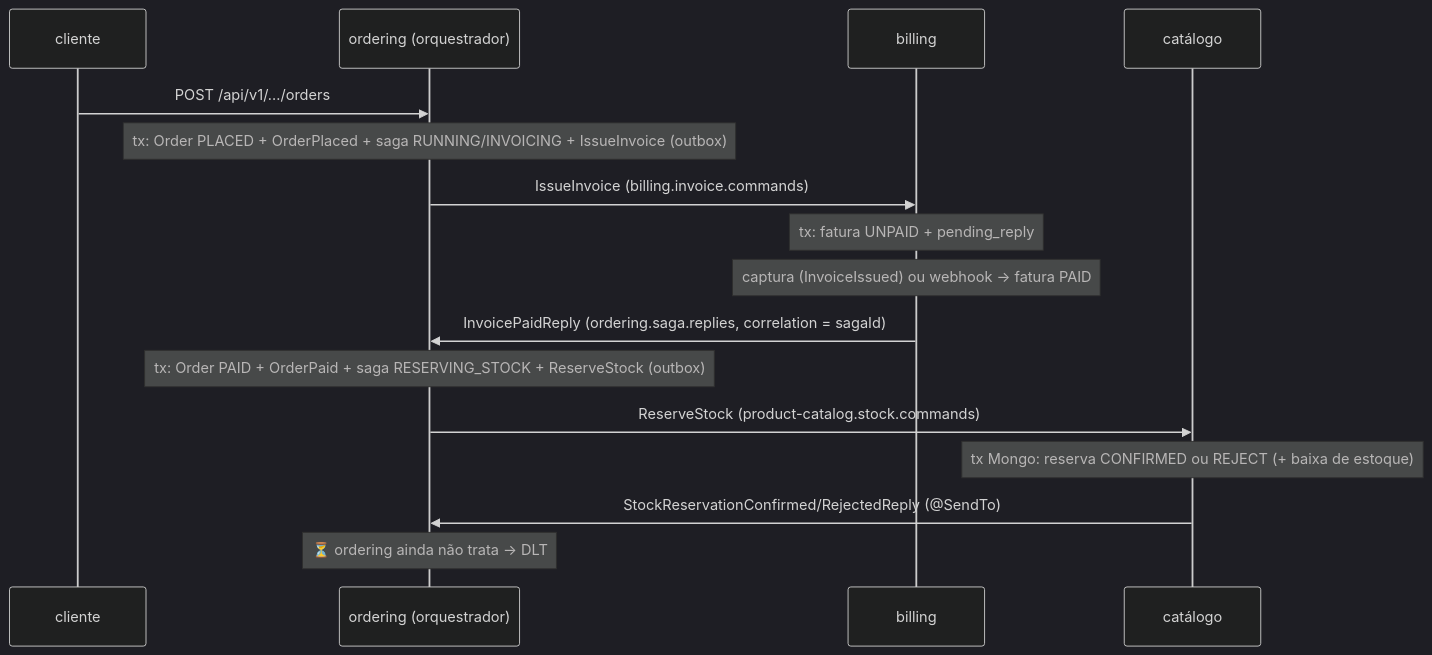
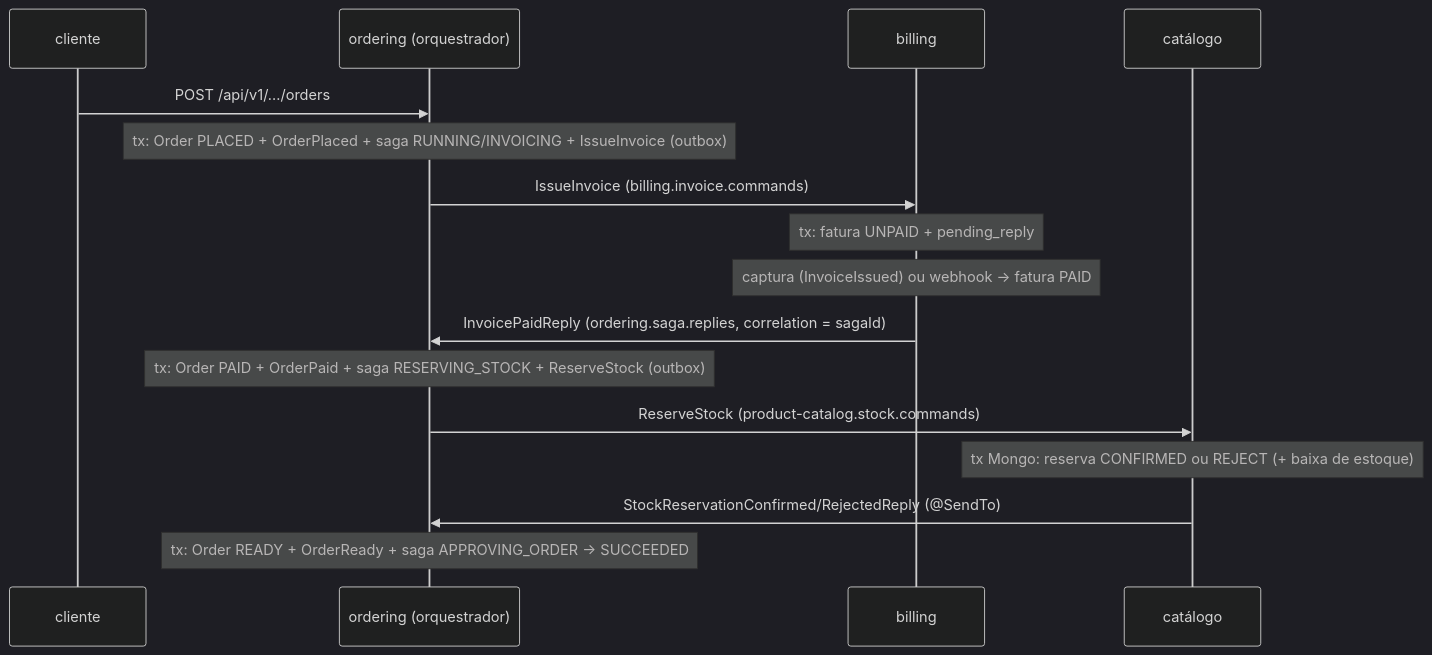
One commit to gabriel-lima258/algashop-docs changed diagram 17 of 19 in 06-mensageria/saga-orquestrada.md. Above: the diagram before and after it, drawn with Mermaid (dark theme). The commit also changed other lines of this file and 1 other file, not shown here.

Commit message:
docs: saga orquestrada - caminho feliz completo

````diff
--- a/06-mensageria/saga-orquestrada.md
+++ b/06-mensageria/saga-orquestrada.md
@@ -1034,18 +1034,18 @@
 ```mermaid
 sequenceDiagram
     participant U as cliente
     participant O as ordering (orquestrador)
     participant B as billing
     participant C as catálogo
     U->>O: POST /api/v1/.../orders
     Note over O: tx: Order PLACED + OrderPlaced + saga RUNNING/INVOICING + IssueInvoice (outbox)
     O->>B: IssueInvoice (billing.invoice.commands)
     Note over B: tx: fatura UNPAID + pending_reply
     Note over B: captura (InvoiceIssued) ou webhook → fatura PAID
     B->>O: InvoicePaidReply (ordering.saga.replies, correlation = sagaId)
     Note over O: tx: Order PAID + OrderPaid + saga RESERVING_STOCK + ReserveStock (outbox)
     O->>C: ReserveStock (product-catalog.stock.commands)
     Note over C: tx Mongo: reserva CONFIRMED ou REJECT (+ baixa de estoque)
     C->>O: StockReservationConfirmed/RejectedReply (@SendTo)
-    Note over O: ⏳ ordering ainda não trata → DLT
+    Note over O: tx: Order READY + OrderReady + saga APPROVING_ORDER → SUCCEEDED
 ```
````
